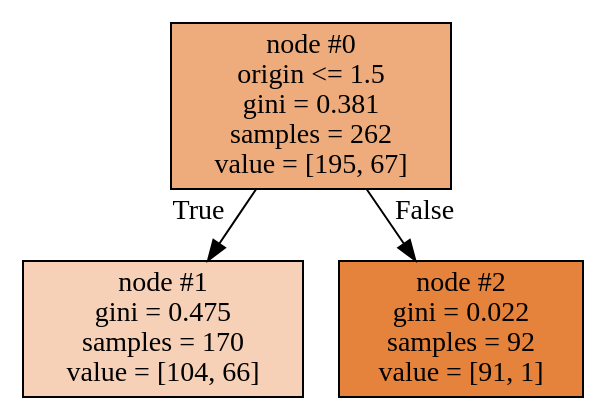
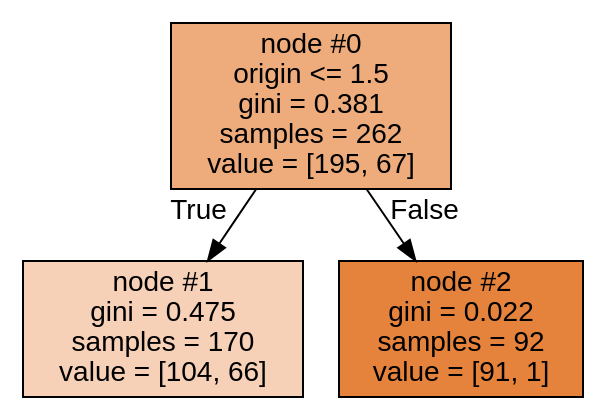
The diagram in Phase3/mytree.dot (ZachRauch/DS-Live-022122), drawn with Graphviz before and after one commit. The commit also changed 8 other files, not shown here.

```diff
--- a/Phase3/mytree.dot
+++ b/Phase3/mytree.dot
@@ -1,11 +1,12 @@
 digraph Tree {
-node [shape=box, style="filled", color="black"] ;
+node [shape=box, style="filled", color="black", fontname="helvetica"] ;
 graph [ranksep=equally, splines=polyline] ;
+edge [fontname="helvetica"] ;
 0 [label="node #0\norigin <= 1.5\ngini = 0.381\nsamples = 262\nvalue = [195, 67]", fillcolor="#eeac7d"] ;
 1 [label="node #1\ngini = 0.475\nsamples = 170\nvalue = [104, 66]", fillcolor="#f6d1b7"] ;
 0 -> 1 [labeldistance=2.5, labelangle=45, headlabel="True"] ;
 2 [label="node #2\ngini = 0.022\nsamples = 92\nvalue = [91, 1]", fillcolor="#e5823b"] ;
 0 -> 2 [labeldistance=2.5, labelangle=-45, headlabel="False"] ;
 {rank=same ; 0} ;
 {rank=same ; 1; 2} ;
 }
```
